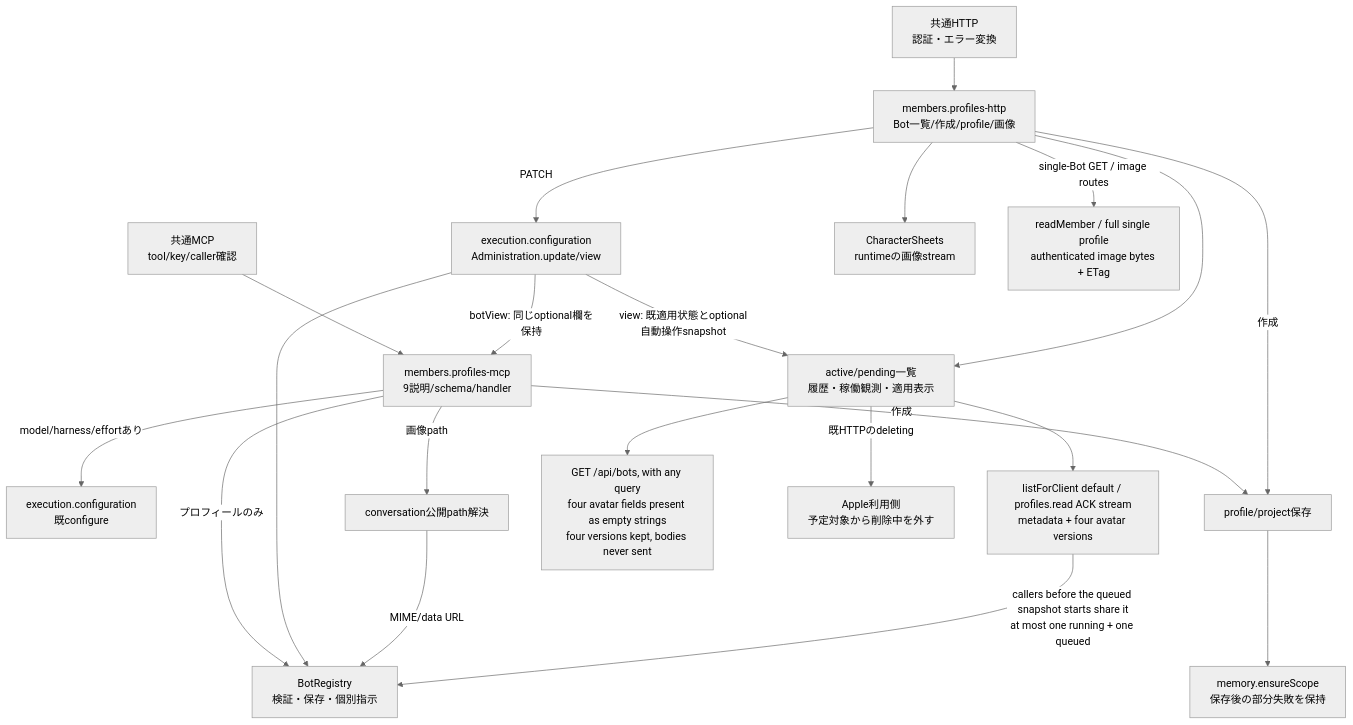
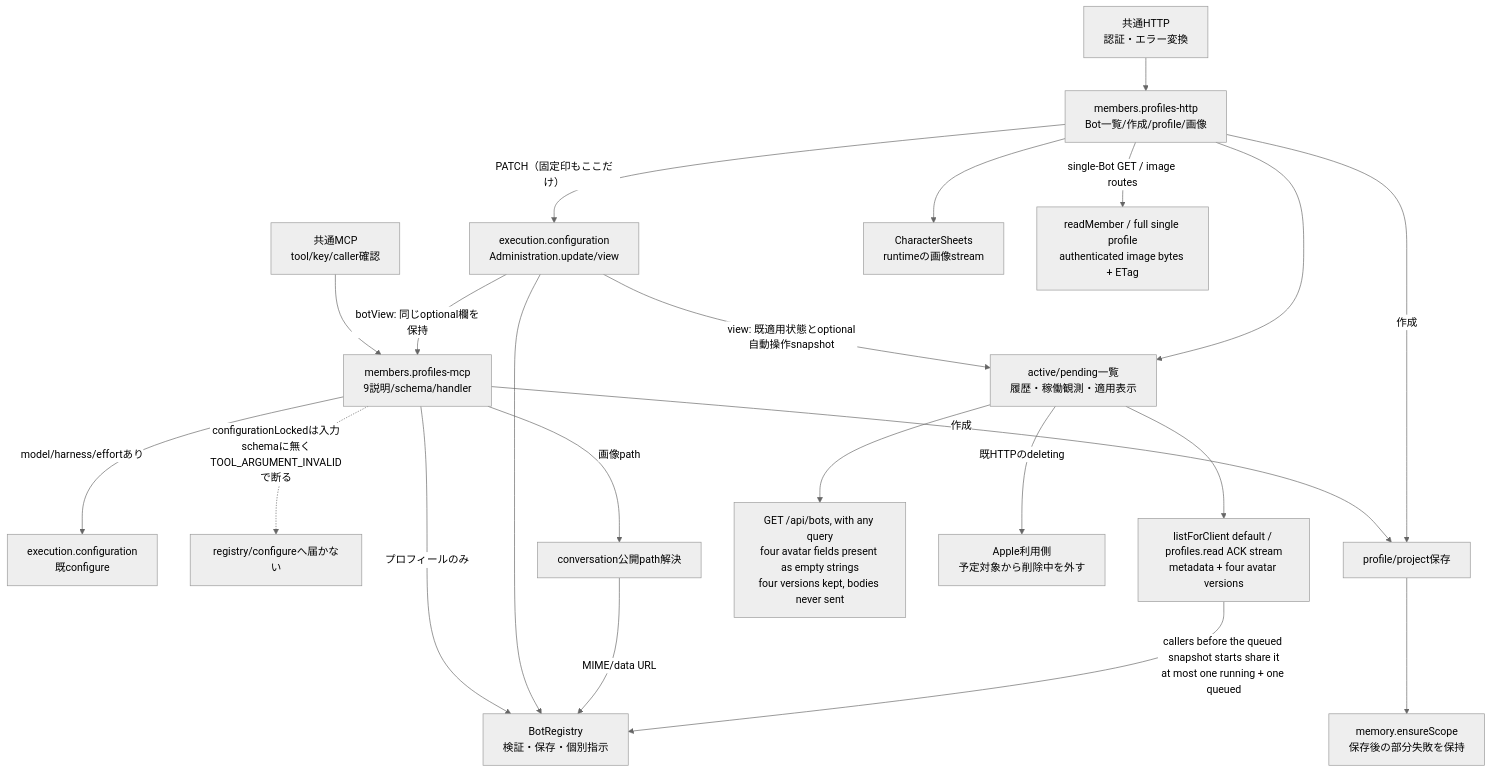
The diagram in docs/architecture/modules/members/profiles.md (kitepon/BellTeam), drawn with Mermaid (neutral theme) before and after one commit. The commit also changed other lines of this file and 6 other files, not shown here.

````diff
--- a/docs/architecture/modules/members/profiles.md
+++ b/docs/architecture/modules/members/profiles.md
@@ -5,23 +5,24 @@
 ```mermaid
 flowchart TD
   Mcp["共通MCP<br/>tool/key/caller確認"] --> Tools["members.profiles-mcp<br/>9説明/schema/handler"]
   Http["共通HTTP<br/>認証・エラー変換"] --> Profile["members.profiles-http<br/>Bot一覧/作成/profile/画像"]
   Tools -->|"プロフィールのみ"| Registry["BotRegistry<br/>検証・保存・個別指示"]
   Tools -->|"model/harness/effortあり"| Configure["execution.configuration<br/>既configure"]
-  Profile -->|"PATCH"| Admin["execution.configuration<br/>Administration.update/view"]
+  Tools -.->|"configurationLockedは入力schemaに無く<br/>TOOL_ARGUMENT_INVALIDで断る"| Refuse["registry/configureへ届かない"]
+  Profile -->|"PATCH（固定印もここだけ）"| Admin["execution.configuration<br/>Administration.update/view"]
   Admin --> Registry
   Admin -->|"view: 既適用状態とoptional自動操作snapshot"| Listing
   Admin -->|"botView: 同じoptional欄を保持"| Tools
   Tools -->|"画像path"| Image["conversation公開path解決"]
   Image -->|"MIME/data URL"| Registry
   Tools -->|"作成"| Create["profile/project保存"]
   Profile -->|"作成"| Create
   Create --> Memory["memory.ensureScope<br/>保存後の部分失敗を保持"]
   Profile --> Sheet["CharacterSheets<br/>runtimeの画像stream"]
   Listing --> Snapshot["listForClient default / profiles.read ACK stream<br/>metadata + four avatar versions"]
   Snapshot -->|"callers before the queued snapshot starts share it<br/>at most one running + one queued"| Registry
   Profile --> Listing["active/pending一覧<br/>履歴・稼働観測・適用表示"]
   Listing --> Wire["GET /api/bots, with any query<br/>four avatar fields present as empty strings<br/>four versions kept, bodies never sent"]
   Profile -->|"single-Bot GET / image routes"| Detail["readMember / full single profile<br/>authenticated image bytes + ETag"]
   Listing -->|"既HTTPのdeleting"| Apple["Apple利用側<br/>予定対象から削除中を外す"]
 ```
````
